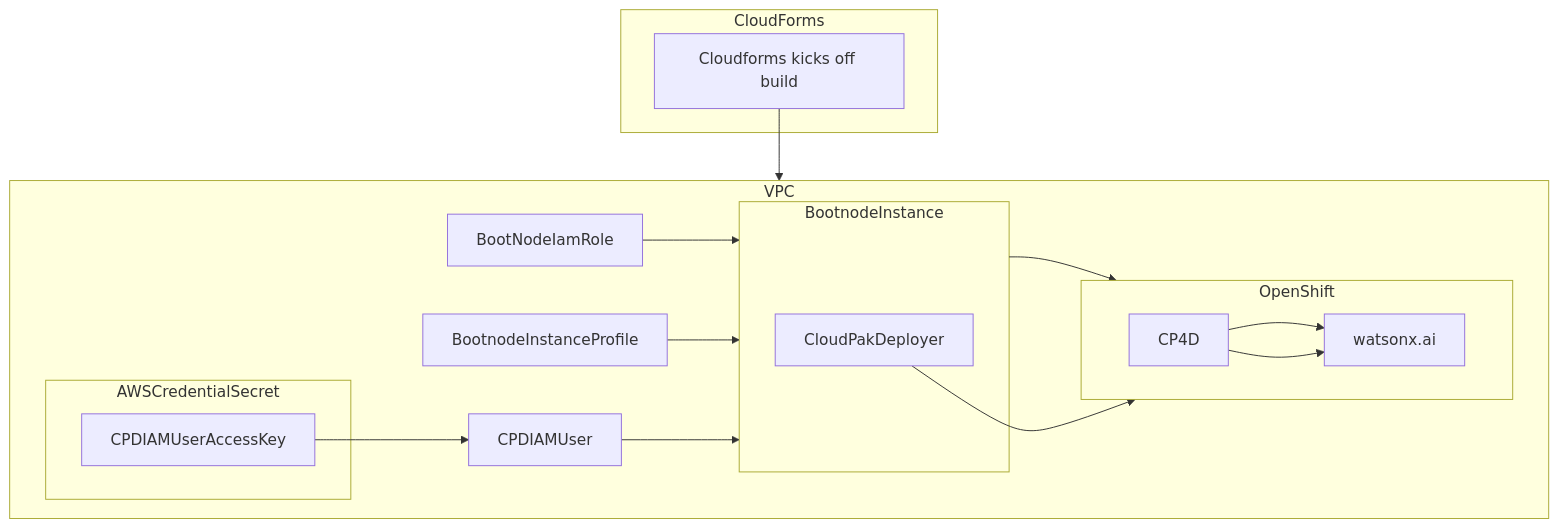
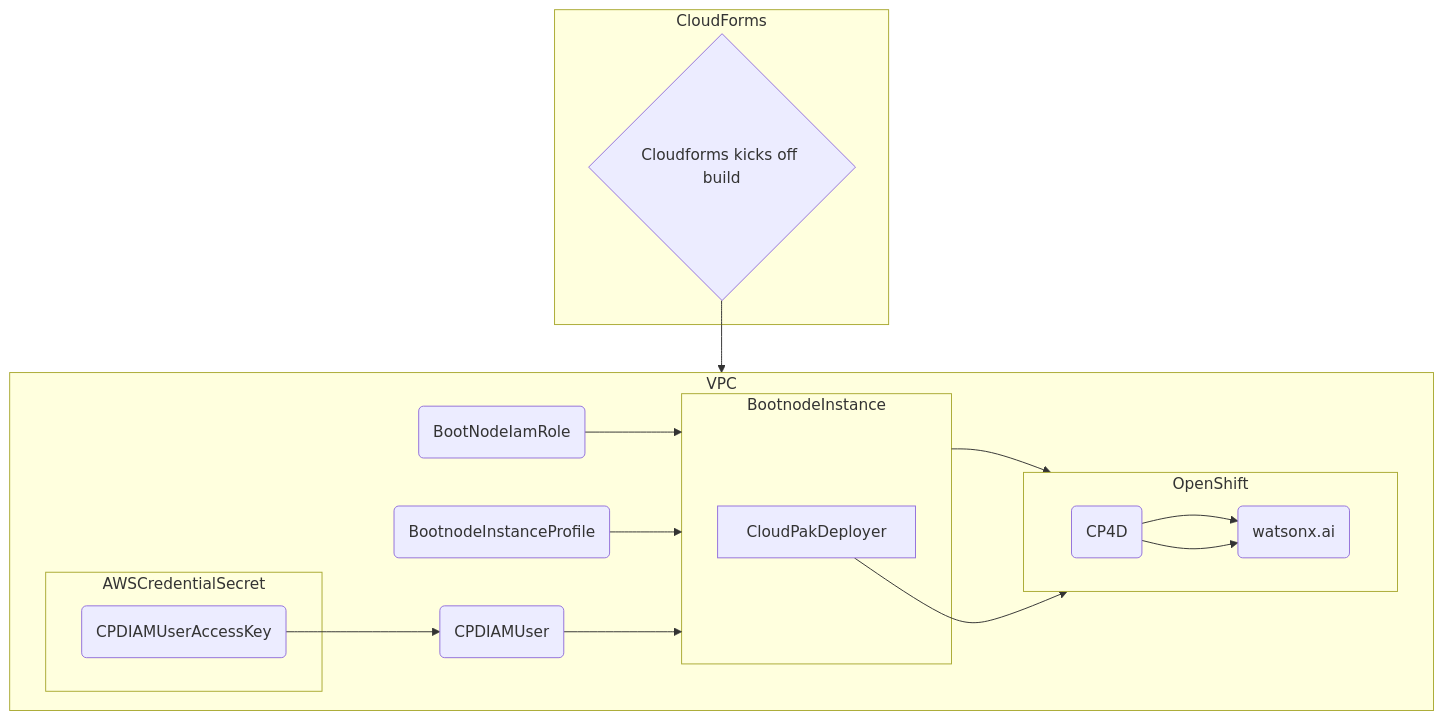
The diagram in docs/1-Prepare/1-Architect.mdx (ibm-client-engineering/solution-wxai-aws), drawn with Mermaid before and after one commit. The commit also changed other lines of this file, not shown here.

Commit message:
Updated the node counts for openshift

````diff
--- a/docs/1-Prepare/1-Architect.mdx
+++ b/docs/1-Prepare/1-Architect.mdx
@@ -76,37 +76,35 @@
 ```mermaid
 graph TD
 
 subgraph CloudForms
 CloudformStart
 end
 
 subgraph AWSCredentialSecret
 CPDIAMUserAccessKey
 end
 
 subgraph VPC
-AWSCredentialSecret["AWSCredentialSecret"]
-CPDIAMUser["CPDIAMUser"]
-BootNodeIamRole["BootNodeIamRole"]-->BootnodeInstance
-BootnodeInstanceProfile["BootnodeInstanceProfile"]-->BootnodeInstance
+AWSCredentialSecret("AWSCredentialSecret")
+CPDIAMUser("CPDIAMUser")
+BootNodeIamRole("BootNodeIamRole")-->BootnodeInstance
+BootnodeInstanceProfile("BootnodeInstanceProfile")-->BootnodeInstance
 BootnodeInstance-->OpenShift
 end
-
-
 
 subgraph BootnodeInstance
 CloudPakDeployer-->OpenShift
 end
 
 subgraph OpenShift
 CP4D-->wxai
 end
 
-CloudformStart["Cloudforms kicks off build"]-->VPC
+CloudformStart{"Cloudforms kicks off build"}-->VPC
 
-CPDIAMUserAccessKey["CPDIAMUserAccessKey"]-->CPDIAMUser-->BootnodeInstance
-BootnodeInstance["BootnodeInstance"]
+CPDIAMUserAccessKey("CPDIAMUserAccessKey")-->CPDIAMUser-->BootnodeInstance
+BootnodeInstance("BootnodeInstance")
 
-CP4D["CP4D"]-->wxai
-wxai["watsonx.ai"]
+CP4D("CP4D")-->wxai
+wxai("watsonx.ai")
 ```
````
